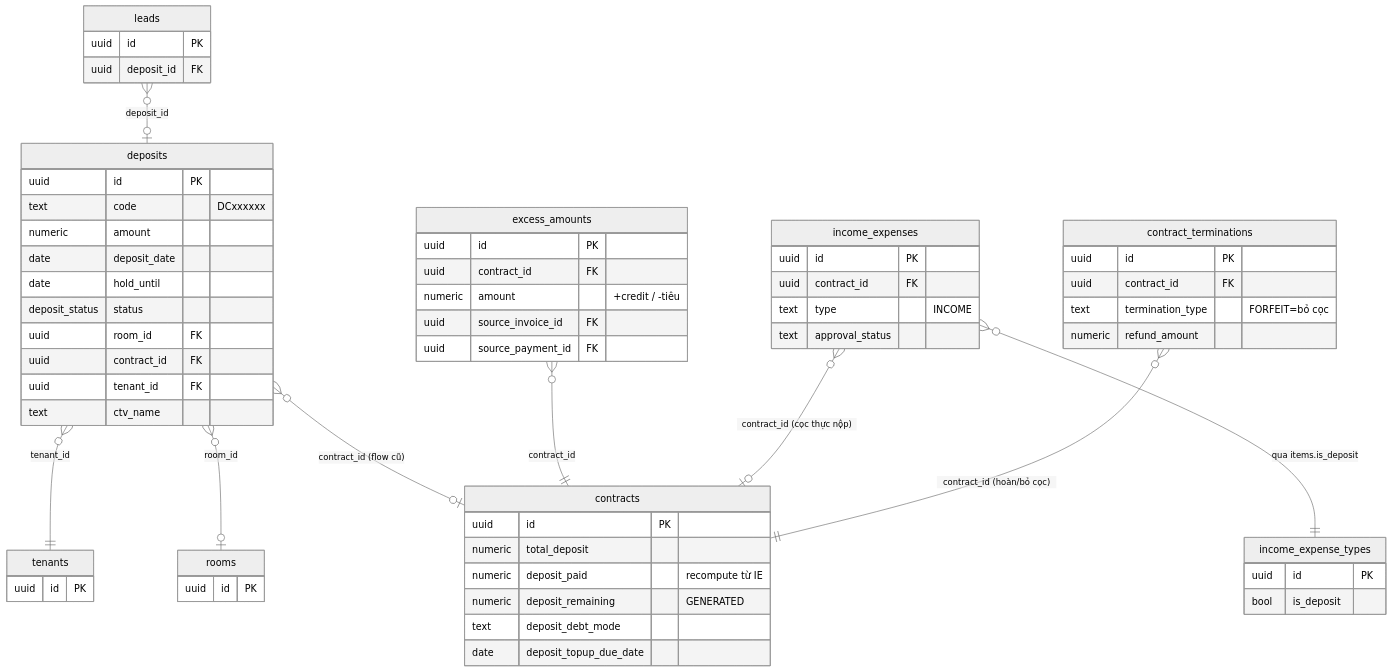
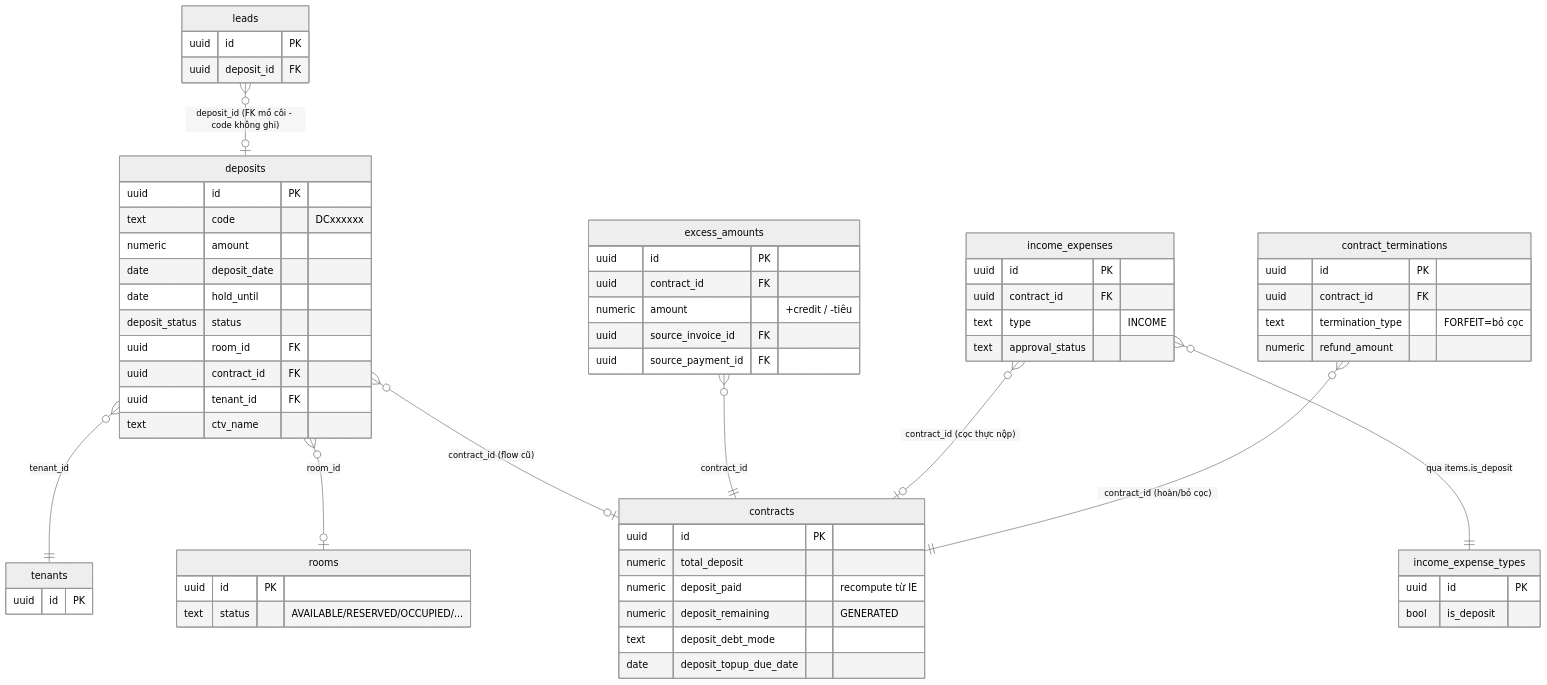
One commit to zxGreenxz/whiteboard-ihomecrm changed the first of 5 diagrams in docs/he-thong/04-coc-giu-cho.md. Above: the diagram before and after it, drawn with Mermaid (neutral theme). The commit also changed other lines of this file and 17 other files, not shown here.

````diff
--- a/docs/he-thong/04-coc-giu-cho.md
+++ b/docs/he-thong/04-coc-giu-cho.md
@@ -101,59 +102,62 @@
 ```mermaid
 erDiagram
     deposits {
         uuid id PK
         text code "DCxxxxxx"
         numeric amount
         date deposit_date
         date hold_until
         deposit_status status
         uuid room_id FK
         uuid contract_id FK
         uuid tenant_id FK
         text ctv_name
     }
     excess_amounts {
         uuid id PK
         uuid contract_id FK
         numeric amount "+credit / -tiêu"
         uuid source_invoice_id FK
         uuid source_payment_id FK
     }
     contracts {
         uuid id PK
         numeric total_deposit
         numeric deposit_paid "recompute từ IE"
         numeric deposit_remaining "GENERATED"
         text deposit_debt_mode
         date deposit_topup_due_date
     }
     income_expenses {
         uuid id PK
         uuid contract_id FK
         text type "INCOME"
         text approval_status
     }
     income_expense_types {
         uuid id PK
         bool is_deposit
     }
     contract_terminations {
         uuid id PK
         uuid contract_id FK
         text termination_type "FORFEIT=bỏ cọc"
         numeric refund_amount
     }
     tenants { uuid id PK }
-    rooms { uuid id PK }
+    rooms {
+        uuid id PK
+        text status "AVAILABLE/RESERVED/OCCUPIED/..."
+    }
     leads { uuid id PK
         uuid deposit_id FK }
 
     deposits          }o--|| tenants            : "tenant_id"
     deposits          }o--o| rooms              : "room_id"
     deposits          }o--o| contracts          : "contract_id (flow cũ)"
-    leads             }o--o| deposits           : "deposit_id"
+    leads             }o--o| deposits           : "deposit_id (FK mồ côi - code không ghi)"
     excess_amounts    }o--|| contracts          : "contract_id"
     income_expenses   }o--o| contracts          : "contract_id (cọc thực nộp)"
     income_expenses   }o--|| income_expense_types : "qua items.is_deposit"
     contract_terminations }o--|| contracts      : "contract_id (hoàn/bỏ cọc)"
 ```
````
